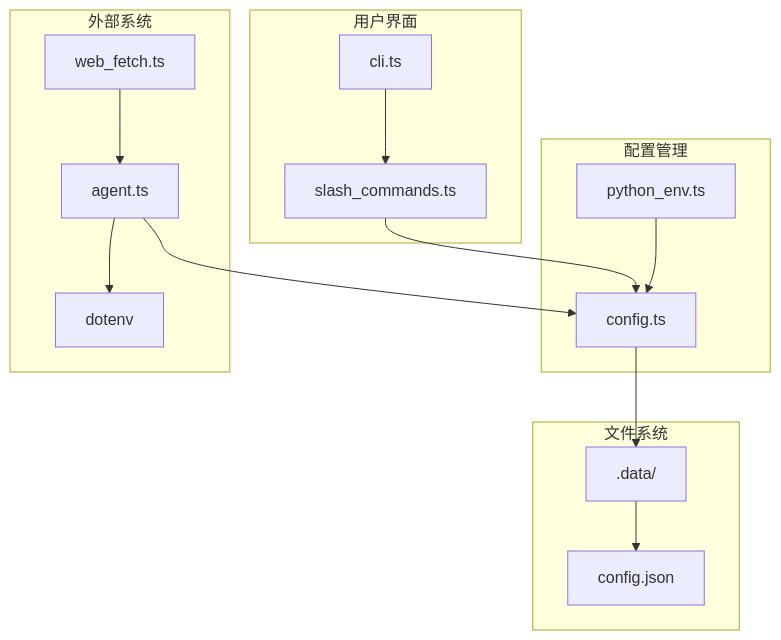
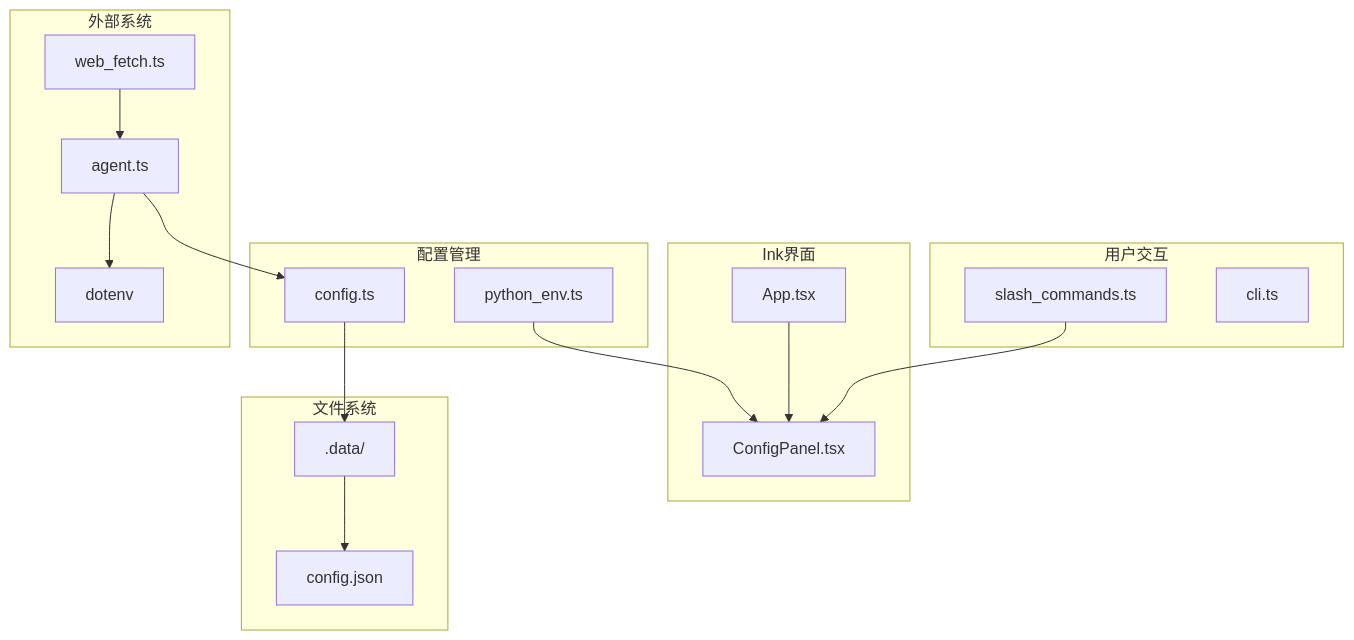
Before and after one commit to HAOFUYANG/onion-code: the seventh of 7 diagrams in .qoder/repowiki/zh/content/配置管理.md, drawn with Mermaid. The commit also changed other lines of this file and 80 other files, not shown here.

````diff
--- a/.qoder/repowiki/zh/content/配置管理.md
+++ b/.qoder/repowiki/zh/content/配置管理.md
@@ -257,28 +277,32 @@
 ```mermaid
 graph TB
 subgraph "配置管理"
 ConfigTS[config.ts]
 PythonEnvTS[python_env.ts]
 end
-subgraph "用户界面"
+subgraph "Ink界面"
+AppTSX[App.tsx]
+ConfigPanelTSX[ConfigPanel.tsx]
+end
+subgraph "用户交互"
 SlashTS[slash_commands.ts]
 CLITS[cli.ts]
 end
 subgraph "外部系统"
 AgentTS[agent.ts]
 WebFetchTS[web_fetch.ts]
 Dotenv[dotenv]
 end
 subgraph "文件系统"
 DataDir[.data/]
 ConfigFile[config.json]
 end
-SlashTS --> ConfigTS
-CLITS --> SlashTS
-PythonEnvTS --> ConfigTS
+SlashTS --> ConfigPanelTSX
+AppTSX --> ConfigPanelTSX
+PythonEnvTS --> ConfigPanelTSX
 AgentTS --> ConfigTS
 ConfigTS --> DataDir
 DataDir --> ConfigFile
 AgentTS --> Dotenv
 WebFetchTS --> AgentTS
 ```
````
